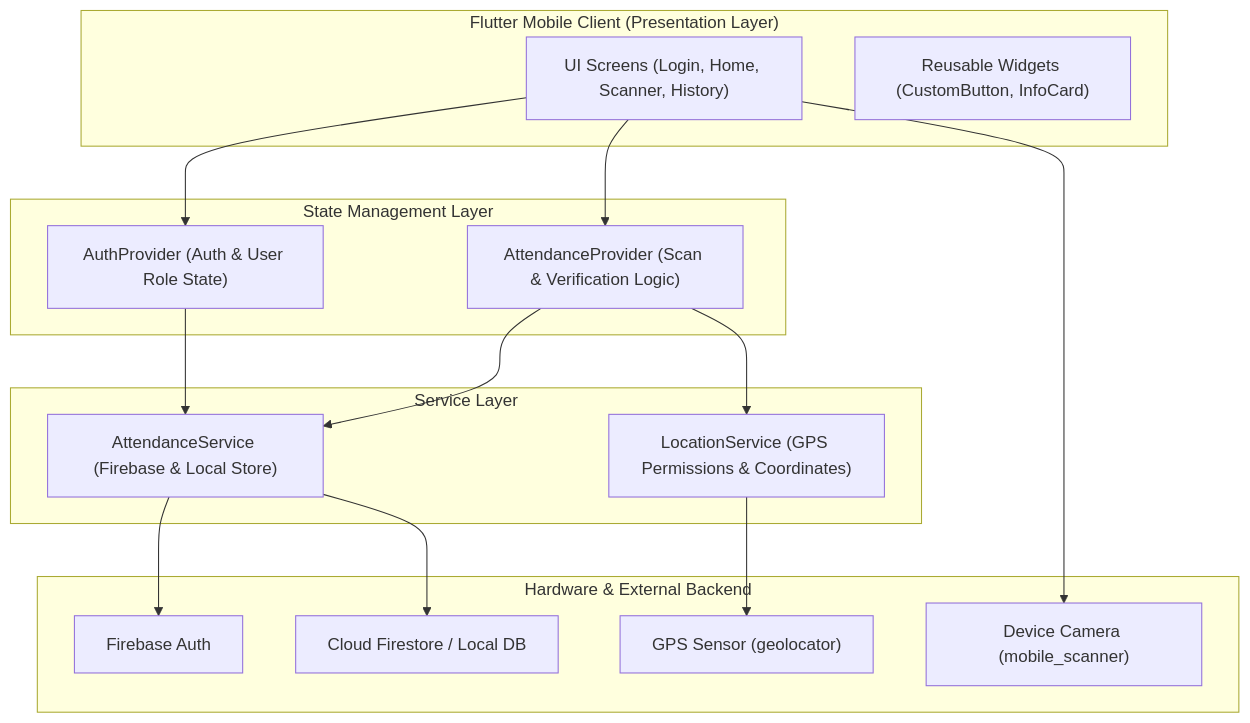
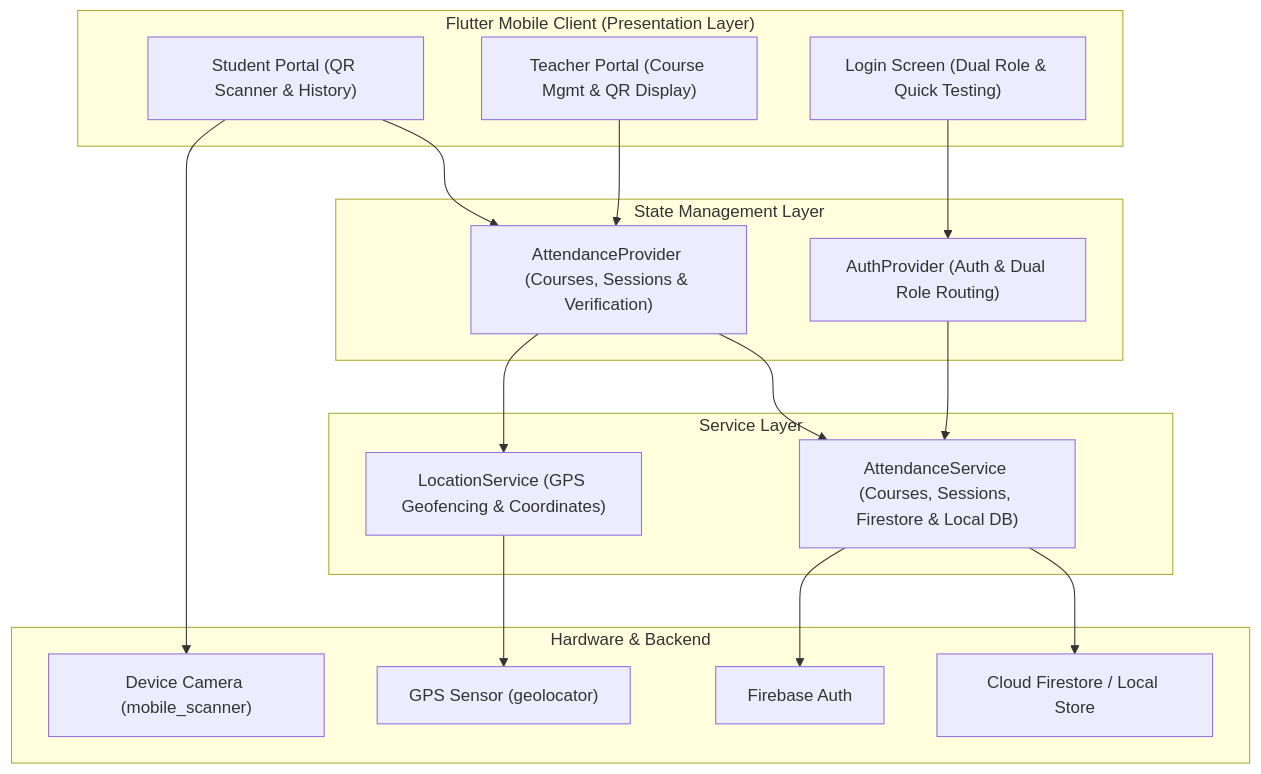
The first of 3 diagrams in README.md (ahmadamin5112004-ship-it/attendance-system), drawn with Mermaid before and after one commit. The commit also changed other lines of this file, not shown here.

Commit message:
Update README.md with Course Management, Teacher QR Generator, updated ER & UML diagrams

````diff
--- a/README.md
+++ b/README.md
@@ -40,34 +45,36 @@
 ```mermaid
 graph TD
     subgraph Client ["Flutter Mobile Client (Presentation Layer)"]
-        UI["UI Screens (Login, Home, Scanner, History)"]
-        Widgets["Reusable Widgets (CustomButton, InfoCard)"]
+        TeacherUI["Teacher Portal (Course Mgmt & QR Display)"]
+        StudentUI["Student Portal (QR Scanner & History)"]
+        AuthUI["Login Screen (Dual Role & Quick Testing)"]
     end
 
     subgraph State ["State Management Layer"]
-        AuthProvider["AuthProvider (Auth & User Role State)"]
-        AttendanceProvider["AttendanceProvider (Scan & Verification Logic)"]
+        AuthProvider["AuthProvider (Auth & Dual Role Routing)"]
+        AttendanceProvider["AttendanceProvider (Courses, Sessions & Verification)"]
     end
 
     subgraph Services ["Service Layer"]
-        FirebaseService["AttendanceService (Firebase & Local Store)"]
-        LocationService["LocationService (GPS Permissions & Coordinates)"]
+        FirebaseService["AttendanceService (Courses, Sessions, Firestore & Local DB)"]
+        LocationService["LocationService (GPS Geofencing & Coordinates)"]
     end
 
-    subgraph Hardware ["Hardware & External Backend"]
+    subgraph External ["Hardware & Backend"]
         Camera["Device Camera (mobile_scanner)"]
         GPS["GPS Sensor (geolocator)"]
         FirebaseAuth["Firebase Auth"]
-        Firestore["Cloud Firestore / Local DB"]
+        Firestore["Cloud Firestore / Local Store"]
     end
 
-    UI --> AuthProvider
-    UI --> AttendanceProvider
+    AuthUI --> AuthProvider
+    TeacherUI --> AttendanceProvider
+    StudentUI --> AttendanceProvider
     AuthProvider --> FirebaseService
     AttendanceProvider --> FirebaseService
     AttendanceProvider --> LocationService
     LocationService --> GPS
-    UI --> Camera
+    StudentUI --> Camera
     FirebaseService --> FirebaseAuth
     FirebaseService --> Firestore
 ```
````
